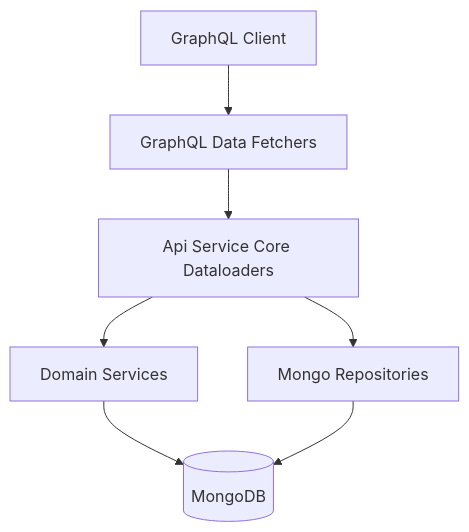
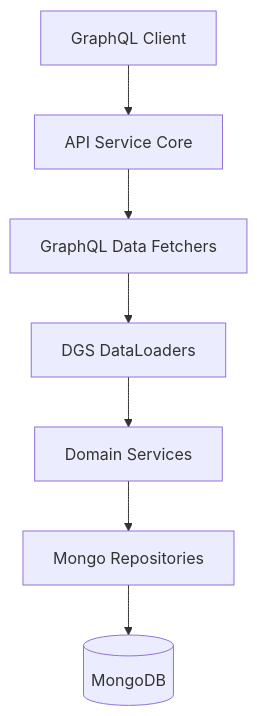
One commit to flamingo-stack/openframe-oss-lib changed the diagram in docs/diagrams/architecture/api-service-core-dataloaders.mmd. Above: the diagram before and after it, drawn with Mermaid. The commit also changed 1809 other files, not shown here.

```diff
--- a/docs/diagrams/architecture/api-service-core-dataloaders.mmd
+++ b/docs/diagrams/architecture/api-service-core-dataloaders.mmd
@@ -1,7 +1,7 @@
 flowchart TD
-    Client["GraphQL Client"] --> GQL["GraphQL Data Fetchers"]
-    GQL --> DL["Api Service Core Dataloaders"]
-    DL --> Service["Domain Services"]
-    DL --> Repo["Mongo Repositories"]
-    Service --> Mongo[("MongoDB")]
-    Repo --> Mongo
+    Client["GraphQL Client"] --> ApiService["API Service Core"]
+    ApiService --> DataFetcher["GraphQL Data Fetchers"]
+    DataFetcher --> DataLoader["DGS DataLoaders"]
+    DataLoader --> ServiceLayer["Domain Services"]
+    ServiceLayer --> RepositoryLayer["Mongo Repositories"]
+    RepositoryLayer --> MongoDB[("MongoDB")]
```
